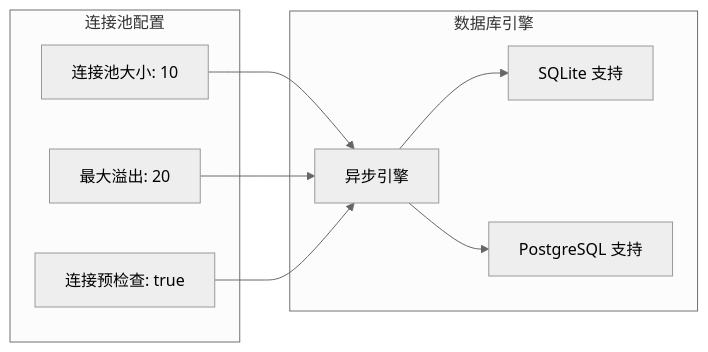
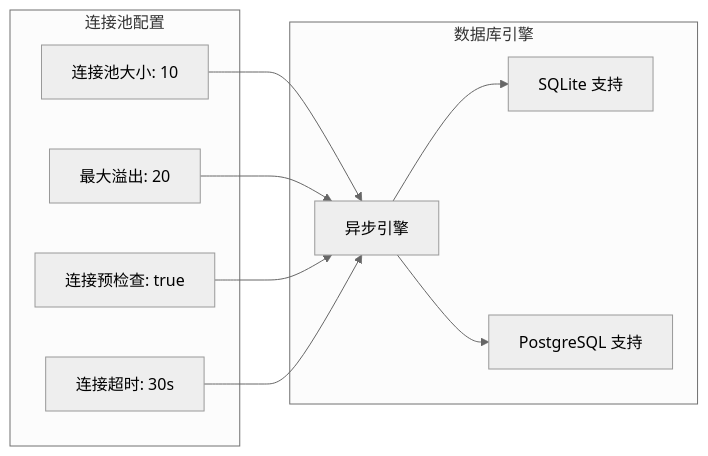
The tenth of 13 diagrams in .qoder/repowiki/zh/content/数据库设计/故事章节模型.md (KunLabAI/KunFlix), drawn with Mermaid (neutral theme) before and after one commit. The commit also changed other lines of this file and 39 other files, not shown here.

````diff
--- a/.qoder/repowiki/zh/content/数据库设计/故事章节模型.md
+++ b/.qoder/repowiki/zh/content/数据库设计/故事章节模型.md
@@ -341,18 +554,20 @@
 ```mermaid
 graph LR
 subgraph "连接池配置"
 PoolSize[连接池大小: 10]
 MaxOverflow[最大溢出: 20]
 PrePing[连接预检查: true]
+Timeout[连接超时: 30s]
 end
 subgraph "数据库引擎"
 AsyncEngine[异步引擎]
 SQLite[SQLite 支持]
 PostgreSQL[PostgreSQL 支持]
 end
 PoolSize --> AsyncEngine
 MaxOverflow --> AsyncEngine
 PrePing --> AsyncEngine
+Timeout --> AsyncEngine
 AsyncEngine --> SQLite
 AsyncEngine --> PostgreSQL
 ```
````
